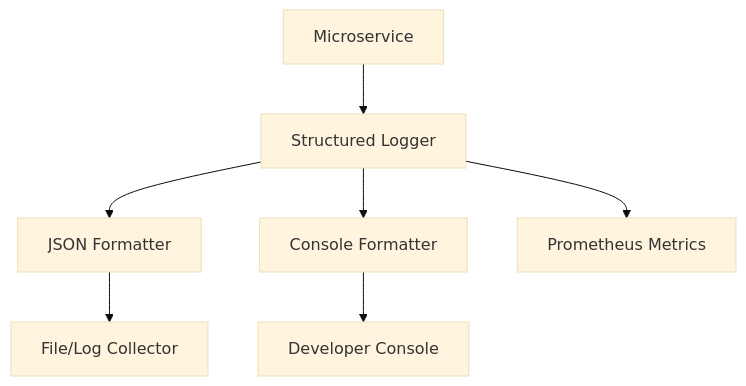
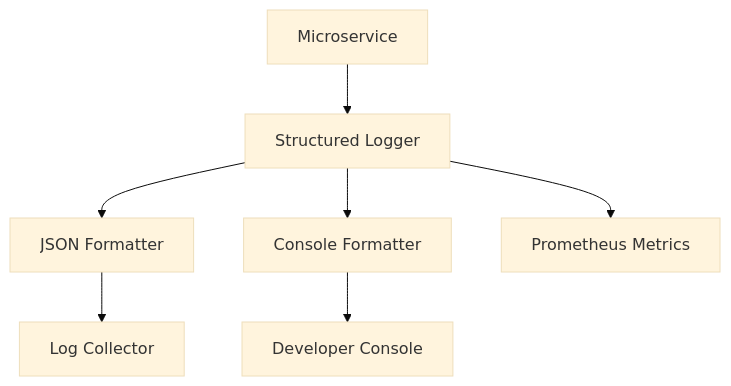
The diagram in shared/logging/README.md (azzindani/Kea), drawn with Mermaid (base theme) before and after one commit. The commit also changed other lines of this file and 68 other files, not shown here.

````diff
--- a/shared/logging/README.md
+++ b/shared/logging/README.md
@@ -9,10 +9,10 @@
 ```mermaid
 graph TD
     Service[Microservice] --> Logger[Structured Logger]
     Logger --> JSON[JSON Formatter]
     Logger --> Console[Console Formatter]
     Logger --> Metrics[Prometheus Metrics]
     
-    JSON --> File[File/Log Collector]
+    JSON --> Collector[Log Collector]
     Console --> StdErr[Developer Console]
 ```
````
